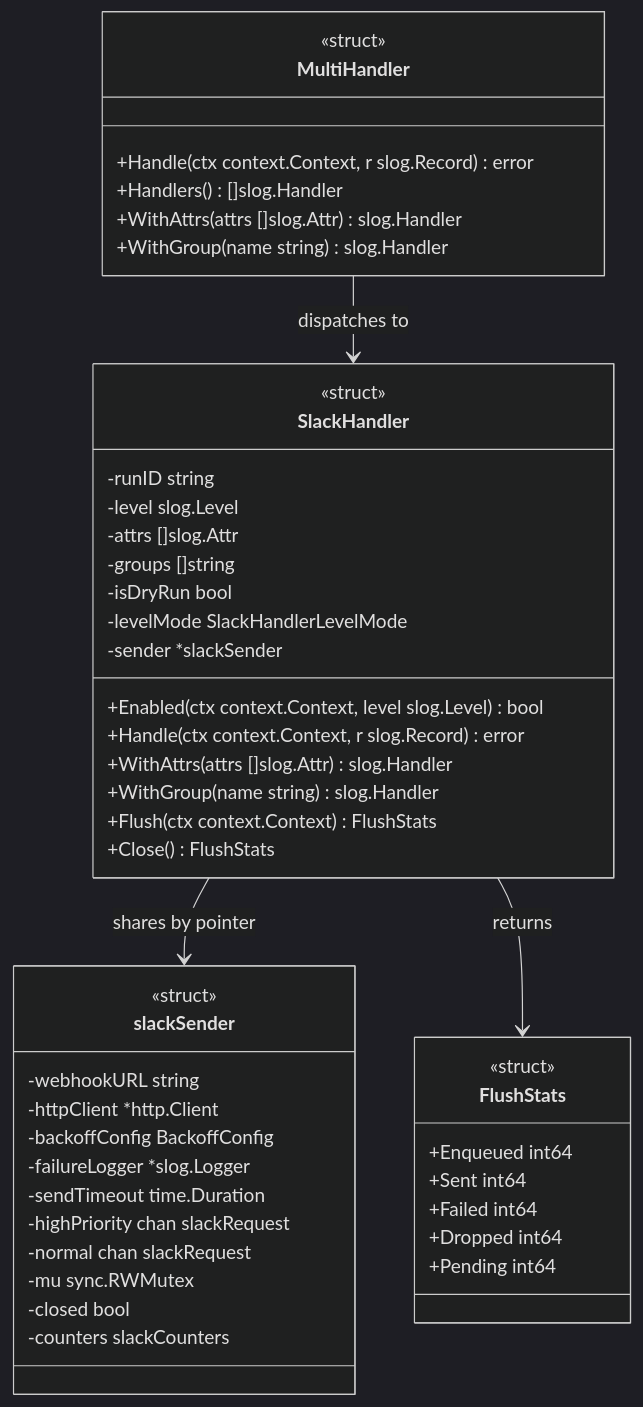
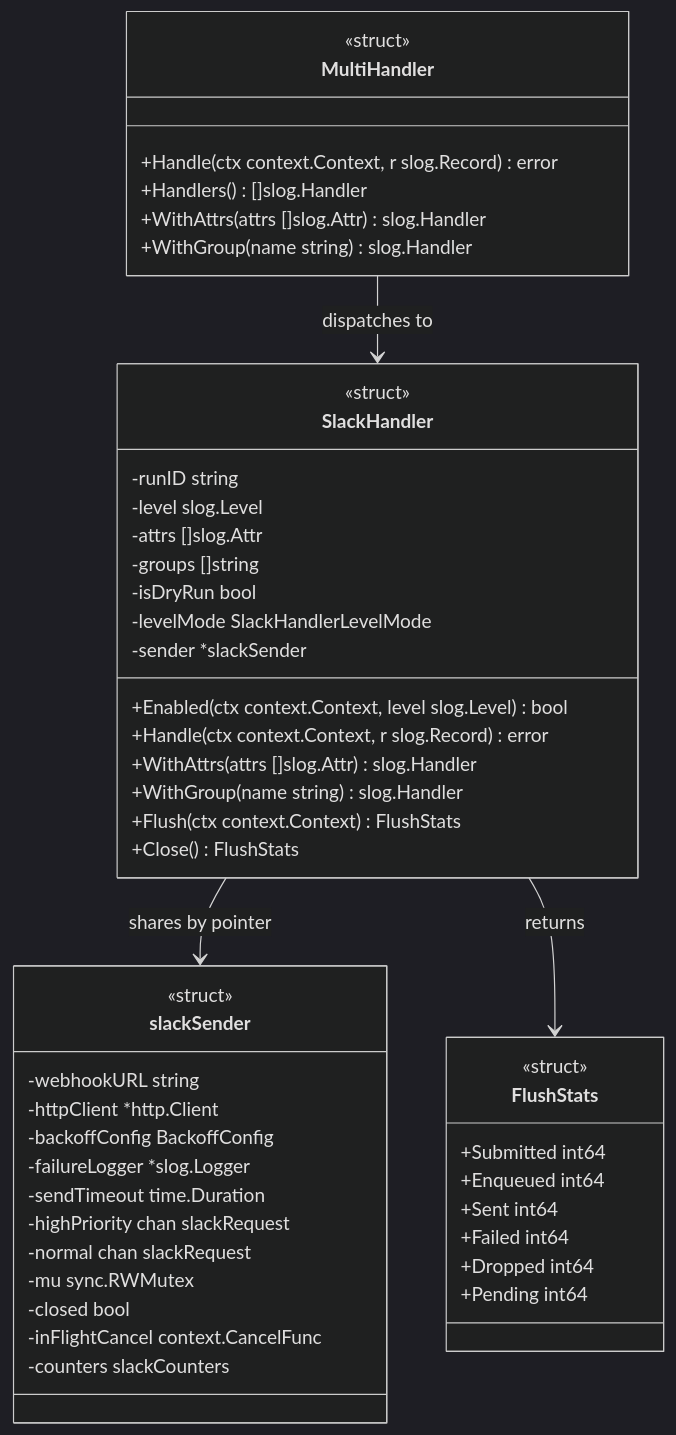
One commit to isseis/go-safe-cmd-runner changed the sixth of 10 diagrams in docs/tasks/0163_redaction_coverage_and_slack_async/02_architecture.md. Above: the diagram before and after it, drawn with Mermaid (dark theme). The commit also changed other lines of this file, not shown here.

````diff
--- a/docs/tasks/0163_redaction_coverage_and_slack_async/02_architecture.md
+++ b/docs/tasks/0163_redaction_coverage_and_slack_async/02_architecture.md
@@ -656,54 +677,56 @@
 ```mermaid
 classDiagram
     class SlackHandler {
         <<struct>>
         -runID string
         -level slog.Level
         -attrs []slog.Attr
         -groups []string
         -isDryRun bool
         -levelMode SlackHandlerLevelMode
         -sender *slackSender
         +Enabled(ctx context.Context, level slog.Level) bool
         +Handle(ctx context.Context, r slog.Record) error
         +WithAttrs(attrs []slog.Attr) slog.Handler
         +WithGroup(name string) slog.Handler
         +Flush(ctx context.Context) FlushStats
         +Close() FlushStats
     }
 
     class slackSender {
         <<struct>>
         -webhookURL string
         -httpClient *http.Client
         -backoffConfig BackoffConfig
         -failureLogger *slog.Logger
         -sendTimeout time.Duration
         -highPriority chan slackRequest
         -normal chan slackRequest
         -mu sync.RWMutex
         -closed bool
+        -inFlightCancel context.CancelFunc
         -counters slackCounters
     }
 
     class FlushStats {
         <<struct>>
+        +Submitted int64
         +Enqueued int64
         +Sent int64
         +Failed int64
         +Dropped int64
         +Pending int64
     }
 
     class MultiHandler {
         <<struct>>
         +Handle(ctx context.Context, r slog.Record) error
         +Handlers() []slog.Handler
         +WithAttrs(attrs []slog.Attr) slog.Handler
         +WithGroup(name string) slog.Handler
     }
 
     SlackHandler --> slackSender : shares by pointer
     SlackHandler --> FlushStats : returns
     MultiHandler --> SlackHandler : dispatches to
 ```
````
